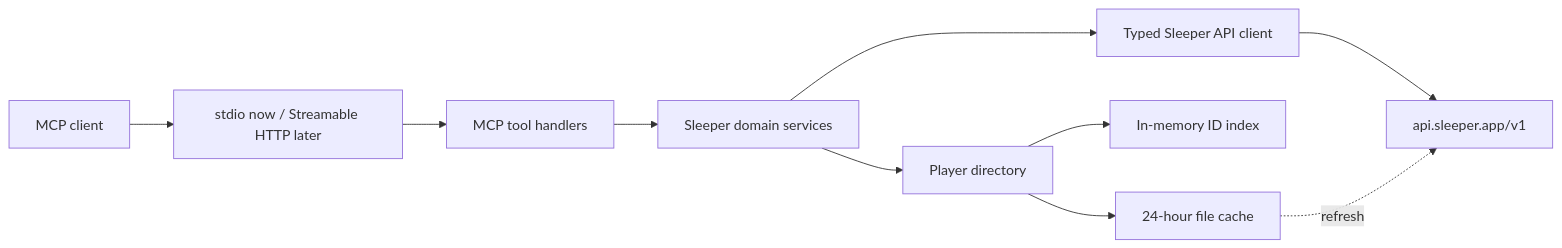
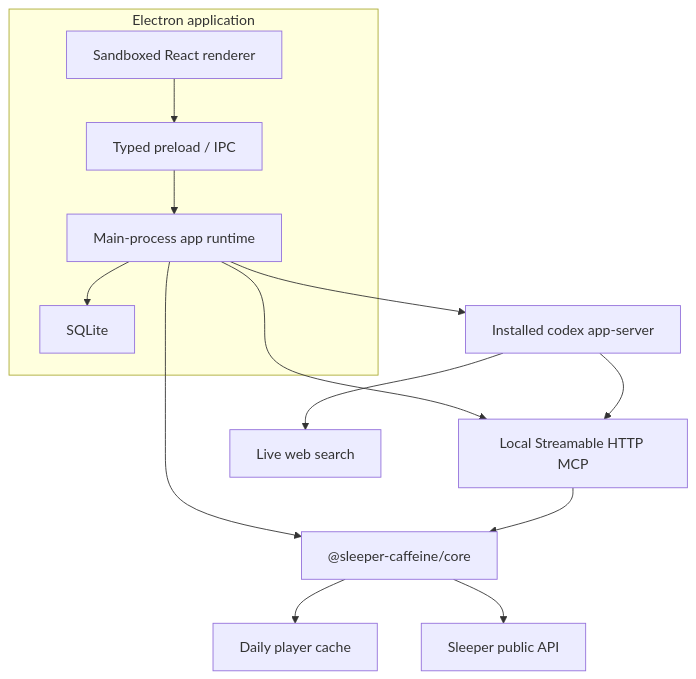
One commit to chadnickbok/sleeper-caffeine changed the diagram in PLAN.md. Above: the diagram before and after it, drawn with Mermaid. The commit also changed other lines of this file and 130 other files, not shown here.

Commit message:
feat: build Sleeper Caffeine desktop app

````diff
--- a/PLAN.md
+++ b/PLAN.md
@@ -36,12 +44,20 @@
 ```mermaid
-flowchart LR
-    Client["MCP client"] --> Transport["stdio now / Streamable HTTP later"]
-    Transport --> Tools["MCP tool handlers"]
-    Tools --> Domain["Sleeper domain services"]
-    Domain --> API["Typed Sleeper API client"]
-    Domain --> Players["Player directory"]
-    Players --> Memory["In-memory ID index"]
-    Players --> Disk["24-hour file cache"]
-    API --> Sleeper["api.sleeper.app/v1"]
-    Disk -. refresh .-> Sleeper
+flowchart TB
+    subgraph Desktop["Electron application"]
+      UI["Sandboxed React renderer"]
+      IPC["Typed preload / IPC"]
+      Runtime["Main-process app runtime"]
+      DB["SQLite"]
+      UI --> IPC --> Runtime
+      Runtime --> DB
+    end
+
+    Runtime --> Core["@sleeper-caffeine/core"]
+    Runtime --> Codex["Installed codex app-server"]
+    Runtime --> Bridge["Local Streamable HTTP MCP"]
+    Bridge --> Core
+    Core --> Cache["Daily player cache"]
+    Core --> Sleeper["Sleeper public API"]
+    Codex --> Bridge
+    Codex --> Search["Live web search"]
 ```
````
